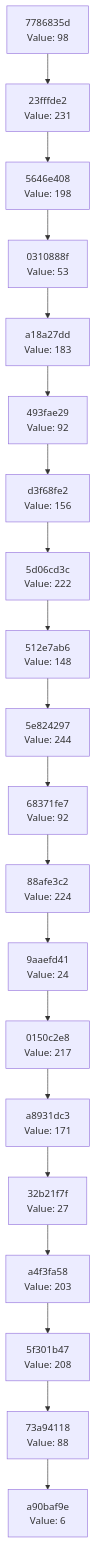
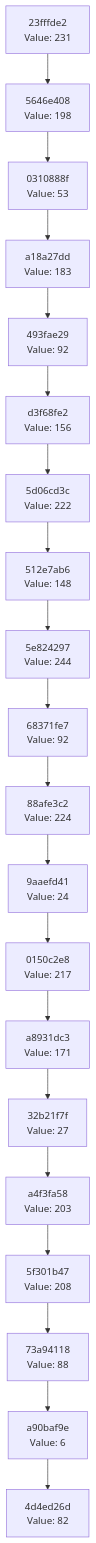
One commit to Abhisheksinha1506/hash-chain-evolver changed the diagram in docs/CHAIN_VISUALIZATION.md. Above: the diagram before and after it, drawn with Mermaid. The commit also changed 2 other files, not shown here.

Commit message:
Evolution Step

````diff
--- a/docs/CHAIN_VISUALIZATION.md
+++ b/docs/CHAIN_VISUALIZATION.md
@@ -3,42 +3,42 @@
 ```mermaid
 graph TD
-    C0["a90baf9e<br/>Value: 6"]
-    C1["73a94118<br/>Value: 88"]
+    C0["4d4ed26d<br/>Value: 82"]
+    C1["a90baf9e<br/>Value: 6"]
     C1 --> C0
-    C2["5f301b47<br/>Value: 208"]
+    C2["73a94118<br/>Value: 88"]
     C2 --> C1
-    C3["a4f3fa58<br/>Value: 203"]
+    C3["5f301b47<br/>Value: 208"]
     C3 --> C2
-    C4["32b21f7f<br/>Value: 27"]
+    C4["a4f3fa58<br/>Value: 203"]
     C4 --> C3
-    C5["a8931dc3<br/>Value: 171"]
+    C5["32b21f7f<br/>Value: 27"]
     C5 --> C4
-    C6["0150c2e8<br/>Value: 217"]
+    C6["a8931dc3<br/>Value: 171"]
     C6 --> C5
-    C7["9aaefd41<br/>Value: 24"]
+    C7["0150c2e8<br/>Value: 217"]
     C7 --> C6
-    C8["88afe3c2<br/>Value: 224"]
+    C8["9aaefd41<br/>Value: 24"]
     C8 --> C7
-    C9["68371fe7<br/>Value: 92"]
+    C9["88afe3c2<br/>Value: 224"]
     C9 --> C8
-    C10["5e824297<br/>Value: 244"]
+    C10["68371fe7<br/>Value: 92"]
     C10 --> C9
-    C11["512e7ab6<br/>Value: 148"]
+    C11["5e824297<br/>Value: 244"]
     C11 --> C10
-    C12["5d06cd3c<br/>Value: 222"]
+    C12["512e7ab6<br/>Value: 148"]
     C12 --> C11
-    C13["d3f68fe2<br/>Value: 156"]
+    C13["5d06cd3c<br/>Value: 222"]
     C13 --> C12
-    C14["493fae29<br/>Value: 92"]
+    C14["d3f68fe2<br/>Value: 156"]
     C14 --> C13
-    C15["a18a27dd<br/>Value: 183"]
+    C15["493fae29<br/>Value: 92"]
     C15 --> C14
-    C16["0310888f<br/>Value: 53"]
+    C16["a18a27dd<br/>Value: 183"]
     C16 --> C15
-    C17["5646e408<br/>Value: 198"]
+    C17["0310888f<br/>Value: 53"]
     C17 --> C16
-    C18["23fffde2<br/>Value: 231"]
+    C18["5646e408<br/>Value: 198"]
     C18 --> C17
-    C19["7786835d<br/>Value: 98"]
+    C19["23fffde2<br/>Value: 231"]
     C19 --> C18
 ```
````
